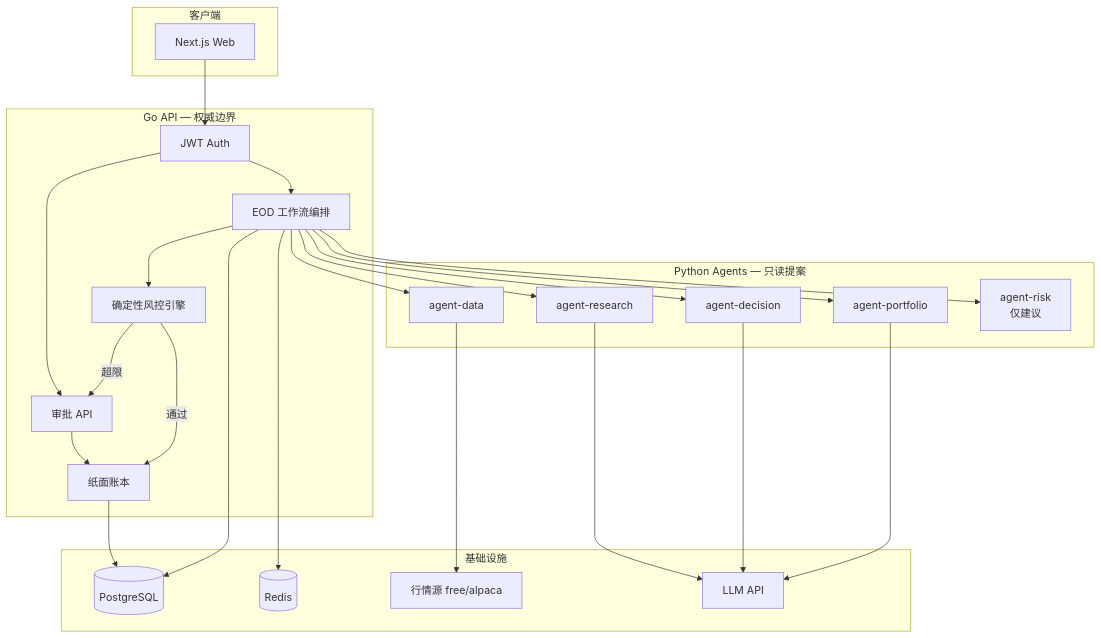
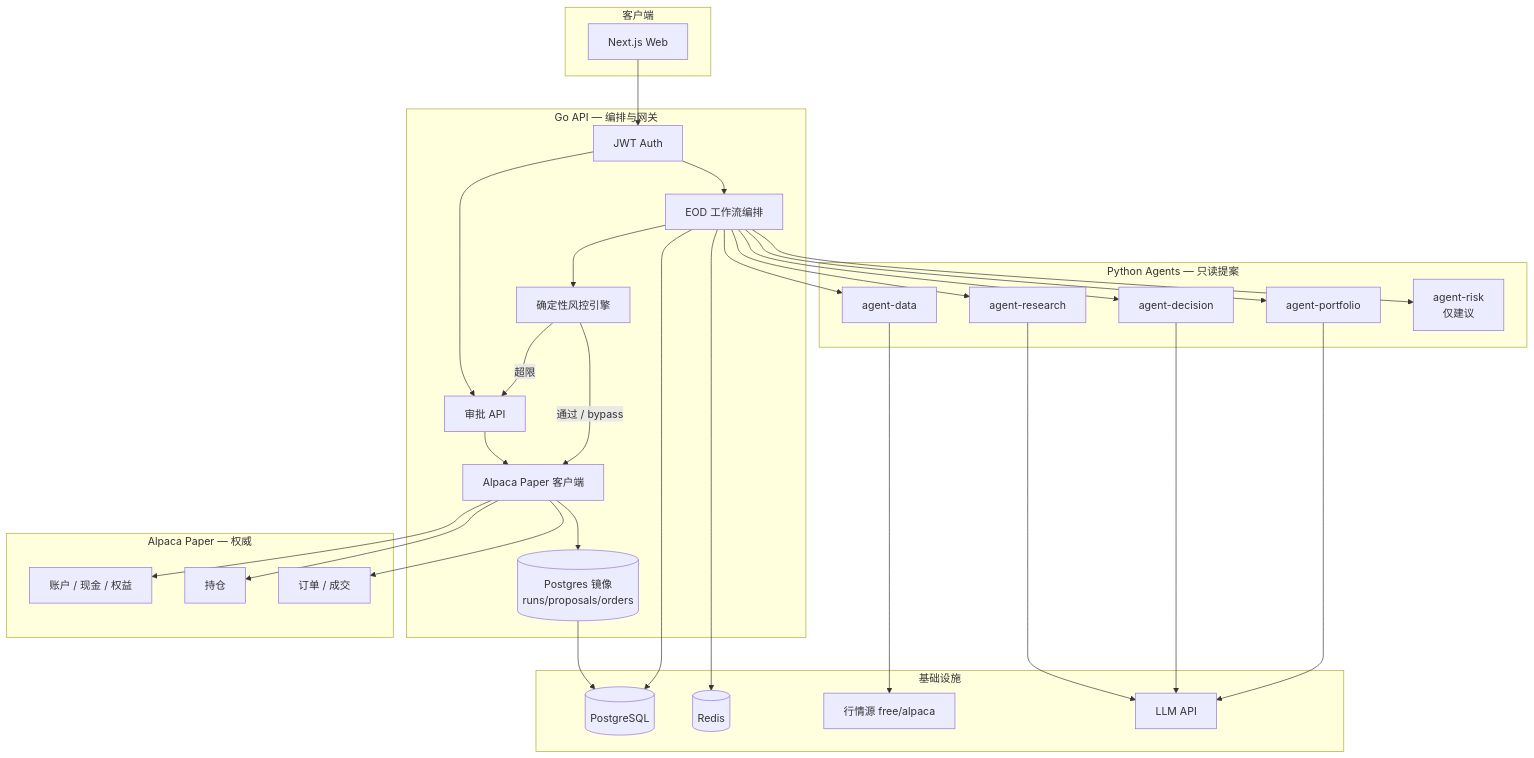
Before and after one commit to cyhzuishuai/stock-agents-cursor: the first of 4 diagrams in docs/eod-workflow-flowchart.md, drawn with Mermaid. The commit also changed other lines of this file and 3 other files, not shown here.

Commit message:
docs: Alpaca Paper authority phase 1

````diff
--- a/docs/eod-workflow-flowchart.md
+++ b/docs/eod-workflow-flowchart.md
@@ -12,49 +16,60 @@
 ```mermaid
 flowchart TB
   subgraph clients [客户端]
     Web[Next.js Web]
   end
 
-  subgraph api [Go API — 权威边界]
+  subgraph api [Go API — 编排与网关]
     Auth[JWT Auth]
     WF[EOD 工作流编排]
     RiskGo[确定性风控引擎]
-    Ledger[纸面账本]
+    Broker[Alpaca Paper 客户端]
     Approvals[审批 API]
+    Mirror[(Postgres 镜像<br/>runs/proposals/orders)]
+  end
+
+  subgraph alpaca [Alpaca Paper — 权威]
+    AlpAcct[账户 / 现金 / 权益]
+    AlpPos[持仓]
+    AlpOrd[订单 / 成交]
   end
 
   subgraph agents [Python Agents — 只读提案]
     Data[agent-data]
     Research[agent-research]
     Decision[agent-decision]
     Portfolio[agent-portfolio]
     RiskPy[agent-risk<br/>仅建议]
   end
 
   subgraph infra [基础设施]
     PG[(PostgreSQL)]
     Redis[(Redis)]
     MD[行情源 free/alpaca]
     LLM[LLM API]
   end
 
   Web --> Auth
   Auth --> WF
   Auth --> Approvals
-  Approvals --> Ledger
+  Approvals --> Broker
   WF --> Data
   WF --> Research
   WF --> Decision
   WF --> Portfolio
   WF --> RiskPy
   WF --> RiskGo
-  RiskGo -->|通过| Ledger
+  RiskGo -->|通过 / bypass| Broker
   RiskGo -->|超限| Approvals
-  Ledger --> PG
+  Broker --> AlpAcct
+  Broker --> AlpPos
+  Broker --> AlpOrd
+  Broker --> Mirror
+  Mirror --> PG
   WF --> PG
   WF --> Redis
   Data --> MD
   Research --> LLM
   Decision --> LLM
   Portfolio --> LLM
 ```
````
